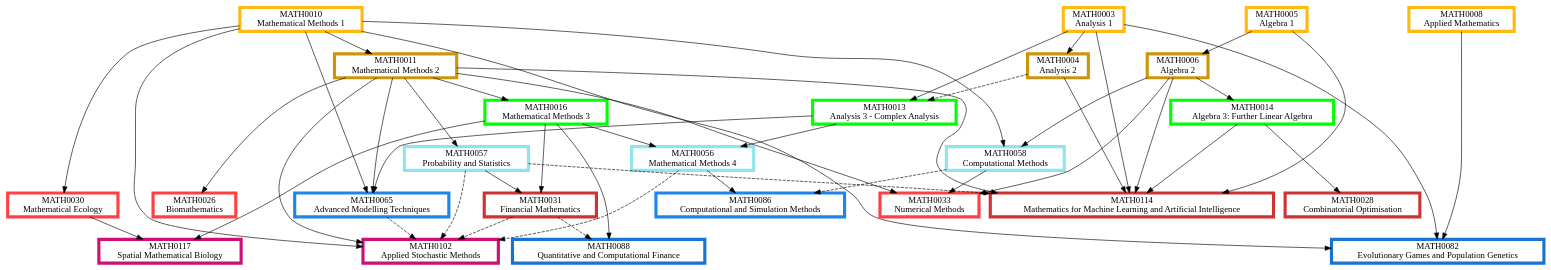
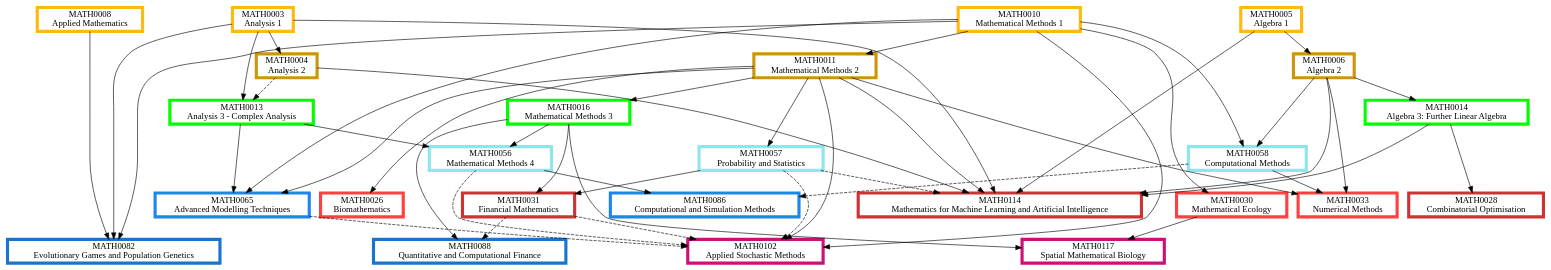
Before and after one commit to matthew-towers/pathways: the diagram in Modelling, Computation and Finance.dot, drawn with Graphviz. The commit also changed 11 other files, not shown here.

```diff
--- a/Modelling, Computation and Finance.dot
+++ b/Modelling, Computation and Finance.dot
@@ -1,125 +1,125 @@
 digraph {
 	node [fillcolor=white penwidth=5 shape=box style="filled,bold"]
 	subgraph "1.0 1" {
 		rank=same
+		MATH0003 [label="MATH0003
+Analysis 1" color=darkgoldenrod1 href="https://www.ucl.ac.uk/mathematical-physical-sciences/sites/mathematical_physical_sciences/files/math0003.pdf" tooltip="Year 1, term 1"]
 		MATH0010 [label="MATH0010
 Mathematical Methods 1" color=darkgoldenrod1 href="https://www.ucl.ac.uk/mathematical-physical-sciences/sites/mathematical_physical_sciences/files/math0010.pdf" tooltip="Year 1, term 1"]
+		MATH0005 [label="MATH0005
+Algebra 1" color=darkgoldenrod1 href="https://www.ucl.ac.uk/mathematical-physical-sciences/sites/mathematical_physical_sciences/files/math0005.pdf" tooltip="Year 1, term 1"]
 		MATH0008 [label="MATH0008
 Applied Mathematics" color=darkgoldenrod1 href="https://www.ucl.ac.uk/mathematical-physical-sciences/sites/mathematical_physical_sciences/files/math0008.pdf" tooltip="Year 1, term 1"]
-		MATH0003 [label="MATH0003
-Analysis 1" color=darkgoldenrod1 href="https://www.ucl.ac.uk/mathematical-physical-sciences/sites/mathematical_physical_sciences/files/math0003.pdf" tooltip="Year 1, term 1"]
-		MATH0005 [label="MATH0005
-Algebra 1" color=darkgoldenrod1 href="https://www.ucl.ac.uk/mathematical-physical-sciences/sites/mathematical_physical_sciences/files/math0005.pdf" tooltip="Year 1, term 1"]
 	}
 	MATH0010 -> MATH0011 [tooltip="required prerequisite"]
+	MATH0005 -> MATH0006 [tooltip="required prerequisite"]
 	MATH0003 -> MATH0004 [tooltip="required prerequisite"]
-	MATH0005 -> MATH0006 [tooltip="required prerequisite"]
 	subgraph "1.0 2" {
 		rank=same
 		MATH0011 [label="MATH0011
 Mathematical Methods 2" color=darkgoldenrod3 href="https://www.ucl.ac.uk/mathematical-physical-sciences/sites/mathematical_physical_sciences/files/math0011_2.pdf" tooltip="Year 1, term 2"]
+		MATH0006 [label="MATH0006
+Algebra 2" color=darkgoldenrod3 href="https://www.ucl.ac.uk/mathematical-physical-sciences/sites/mathematical_physical_sciences/files/math0006.pdf" tooltip="Year 1, term 2"]
 		MATH0004 [label="MATH0004
 Analysis 2" color=darkgoldenrod3 href="https://www.ucl.ac.uk/mathematical-physical-sciences/sites/mathematical_physical_sciences/files/math0004.pdf" tooltip="Year 1, term 2"]
-		MATH0006 [label="MATH0006
-Algebra 2" color=darkgoldenrod3 href="https://www.ucl.ac.uk/mathematical-physical-sciences/sites/mathematical_physical_sciences/files/math0006.pdf" tooltip="Year 1, term 2"]
 	}
 	MATH0003 -> MATH0013 [tooltip="required prerequisite"]
 	MATH0004 -> MATH0013 [style=dashed tooltip="recommended prerequisite"]
+	MATH0006 -> MATH0014 [tooltip="required prerequisite"]
 	MATH0011 -> MATH0016 [tooltip="required prerequisite"]
-	MATH0006 -> MATH0014 [tooltip="required prerequisite"]
 	subgraph "2.0 1" {
 		rank=same
 		MATH0013 [label="MATH0013
 Analysis 3 - Complex Analysis" color=green1 href="https://www.ucl.ac.uk/mathematical-physical-sciences/sites/mathematical_physical_sciences/files/math0013.pdf" tooltip="Year 2, term 1"]
+		MATH0014 [label="MATH0014
+Algebra 3: Further Linear Algebra" color=green1 href="https://www.ucl.ac.uk/mathematical-physical-sciences/sites/mathematical_physical_sciences/files/math0014.pdf" tooltip="Year 2, term 1"]
 		MATH0016 [label="MATH0016
 Mathematical Methods 3" color=green1 href="https://www.ucl.ac.uk/mathematical-physical-sciences/sites/mathematical_physical_sciences/files/math0016.pdf" tooltip="Year 2, term 1"]
-		MATH0014 [label="MATH0014
-Algebra 3: Further Linear Algebra" color=green1 href="https://www.ucl.ac.uk/mathematical-physical-sciences/sites/mathematical_physical_sciences/files/math0014.pdf" tooltip="Year 2, term 1"]
 	}
 	MATH0013 -> MATH0056 [tooltip="required prerequisite"]
 	MATH0016 -> MATH0056 [tooltip="required prerequisite"]
-	MATH0011 -> MATH0057 [tooltip="required prerequisite"]
 	MATH0010 -> MATH0058 [tooltip="required prerequisite"]
 	MATH0006 -> MATH0058 [tooltip="required prerequisite"]
+	MATH0011 -> MATH0057 [tooltip="required prerequisite"]
 	subgraph "2.5 2" {
 		rank=same
 		MATH0056 [label="MATH0056
 Mathematical Methods 4" color=cadetblue2 href="https://www.ucl.ac.uk/mathematical-physical-sciences/sites/mathematical_physical_sciences/files/math0056.pdf" tooltip="Year 2 or 3, term 2"]
+		MATH0058 [label="MATH0058
+Computational Methods" color=cadetblue2 href="https://www.ucl.ac.uk/mathematical-physical-sciences/sites/mathematical_physical_sciences/files/math0058.pdf" tooltip="Year 2 or 3, term 2"]
 		MATH0057 [label="MATH0057
 Probability and Statistics" color=cadetblue2 href="https://www.ucl.ac.uk/mathematical-physical-sciences/sites/mathematical_physical_sciences/files/math0057.pdf" tooltip="Year 2 or 3, term 2"]
-		MATH0058 [label="MATH0058
-Computational Methods" color=cadetblue2 href="https://www.ucl.ac.uk/mathematical-physical-sciences/sites/mathematical_physical_sciences/files/math0058.pdf" tooltip="Year 2 or 3, term 2"]
 	}
 	MATH0006 -> MATH0033 [tooltip="required prerequisite"]
 	MATH0011 -> MATH0033 [tooltip="required prerequisite"]
 	MATH0058 -> MATH0033 [tooltip="required prerequisite"]
+	MATH0011 -> MATH0026 [tooltip="required prerequisite"]
 	MATH0010 -> MATH0030 [tooltip="required prerequisite"]
-	MATH0011 -> MATH0026 [tooltip="required prerequisite"]
 	subgraph "3.0 1" {
 		rank=same
 		MATH0033 [label="MATH0033
 Numerical Methods" color=brown1 href="https://www.ucl.ac.uk/mathematical-physical-sciences/sites/mathematical_physical_sciences/files/math0033.pdf" tooltip="Year 3, term 1"]
+		MATH0026 [label="MATH0026
+Biomathematics" color=brown1 href="https://www.ucl.ac.uk/mathematical-physical-sciences/sites/mathematical_physical_sciences/files/math0026.pdf" tooltip="Year 3, term 1"]
 		MATH0030 [label="MATH0030
 Mathematical Ecology" color=brown1 href="https://www.ucl.ac.uk/mathematical-physical-sciences/sites/mathematical_physical_sciences/files/math0030.pdf" tooltip="Year 3, term 1"]
-		MATH0026 [label="MATH0026
-Biomathematics" color=brown1 href="https://www.ucl.ac.uk/mathematical-physical-sciences/sites/mathematical_physical_sciences/files/math0026.pdf" tooltip="Year 3, term 1"]
 	}
+	MATH0014 -> MATH0028 [tooltip="required prerequisite"]
+	MATH0016 -> MATH0031 [tooltip="required prerequisite"]
+	MATH0057 -> MATH0031 [tooltip="required prerequisite"]
 	MATH0003 -> MATH0114 [tooltip="required prerequisite"]
 	MATH0004 -> MATH0114 [tooltip="required prerequisite"]
 	MATH0005 -> MATH0114 [tooltip="required prerequisite"]
 	MATH0006 -> MATH0114 [tooltip="required prerequisite"]
 	MATH0011 -> MATH0114 [tooltip="required prerequisite"]
 	MATH0014 -> MATH0114 [tooltip="required prerequisite"]
 	MATH0057 -> MATH0114 [style=dashed tooltip="recommended prerequisite"]
-	MATH0014 -> MATH0028 [tooltip="required prerequisite"]
-	MATH0016 -> MATH0031 [tooltip="required prerequisite"]
-	MATH0057 -> MATH0031 [tooltip="required prerequisite"]
-	subgraph "3 2" {
+	subgraph "3.0 2" {
 		rank=same
-		MATH0114 [label="MATH0114
-Mathematics for Machine Learning and Artificial Intelligence" color=brown3 href="https://www.ucl.ac.uk/mathematical-physical-sciences/sites/mathematical_physical_sciences/files/math0114_0.pdf" tooltip="Year 3, term 2"]
 		MATH0028 [label="MATH0028
 Combinatorial Optimisation" color=brown3 href="https://www.ucl.ac.uk/mathematical-physical-sciences/sites/mathematical_physical_sciences/files/math0028.pdf" tooltip="Year 3, term 2"]
 		MATH0031 [label="MATH0031
 Financial Mathematics" color=brown3 href="https://www.ucl.ac.uk/mathematical-physical-sciences/sites/mathematical_physical_sciences/files/math0031.pdf" tooltip="Year 3, term 2"]
+		MATH0114 [label="MATH0114
+Mathematics for Machine Learning and Artificial Intelligence" color=brown3 href="https://www.ucl.ac.uk/mathematical-physical-sciences/sites/mathematical_physical_sciences/files/math0114_0.pdf" tooltip="Year 3, term 2"]
 	}
-	MATH0030 -> MATH0117 [tooltip="required prerequisite"]
-	MATH0016 -> MATH0117 [tooltip="required prerequisite"]
 	MATH0010 -> MATH0102 [tooltip="required prerequisite"]
 	MATH0011 -> MATH0102 [tooltip="required prerequisite"]
 	MATH0056 -> MATH0102 [style=dashed tooltip="recommended prerequisite"]
 	MATH0031 -> MATH0102 [style=dashed tooltip="recommended prerequisite"]
 	MATH0065 -> MATH0102 [style=dashed tooltip="recommended prerequisite"]
 	MATH0057 -> MATH0102 [style=dashed tooltip="recommended prerequisite"]
+	MATH0030 -> MATH0117 [tooltip="required prerequisite"]
+	MATH0016 -> MATH0117 [tooltip="required prerequisite"]
 	subgraph "3.5 2" {
 		rank=same
+		MATH0102 [label="MATH0102
+Applied Stochastic Methods" color=deeppink3 href="https://www.ucl.ac.uk/mathematical-physical-sciences/sites/mathematical_physical_sciences/files/math0102.pdf" tooltip="Year 3 or 4, term 2"]
 		MATH0117 [label="MATH0117
 Spatial Mathematical Biology" color=deeppink3 href="https://www.ucl.ac.uk/mathematical-physical-sciences/sites/mathematical_physical_sciences/files/math0117.pdf" tooltip="Year 3 or 4, term 2"]
-		MATH0102 [label="MATH0102
-Applied Stochastic Methods" color=deeppink3 href="https://www.ucl.ac.uk/mathematical-physical-sciences/sites/mathematical_physical_sciences/files/math0102.pdf" tooltip="Year 3 or 4, term 2"]
 	}
 	MATH0056 -> MATH0086 [tooltip="required prerequisite"]
 	MATH0058 -> MATH0086 [style=dashed tooltip="recommended prerequisite"]
 	MATH0010 -> MATH0065 [tooltip="required prerequisite"]
 	MATH0011 -> MATH0065 [tooltip="required prerequisite"]
 	MATH0013 -> MATH0065 [tooltip="required prerequisite"]
 	subgraph "4.0 1" {
 		rank=same
 		MATH0086 [label="MATH0086
 Computational and Simulation Methods" color=dodgerblue2 href="https://www.ucl.ac.uk/mathematical-physical-sciences/sites/mathematical_physical_sciences/files/math0086.pdf" tooltip="Year 4, term 1"]
 		MATH0065 [label="MATH0065
 Advanced Modelling Techniques" color=dodgerblue2 href="https://www.ucl.ac.uk/mathematical-physical-sciences/sites/mathematical_physical_sciences/files/math0065.pdf" tooltip="Year 4, term 1"]
 	}
 	MATH0016 -> MATH0088 [tooltip="required prerequisite"]
 	MATH0031 -> MATH0088 [style=dashed tooltip="recommended prerequisite"]
 	MATH0008 -> MATH0082 [tooltip="required prerequisite"]
 	MATH0010 -> MATH0082 [tooltip="required prerequisite"]
 	MATH0003 -> MATH0082 [tooltip="required prerequisite"]
 	subgraph "4.0 2" {
 		rank=same
 		MATH0088 [label="MATH0088
 Quantitative and Computational Finance" color=dodgerblue3 href="https://www.ucl.ac.uk/mathematical-physical-sciences/sites/mathematical_physical_sciences/files/math0088.pdf" tooltip="Year 4, term 2"]
 		MATH0082 [label="MATH0082
 Evolutionary Games and Population Genetics" color=dodgerblue3 href="https://www.ucl.ac.uk/mathematical-physical-sciences/sites/mathematical_physical_sciences/files/math0082.pdf" tooltip="Year 4, term 2"]
 	}
 }
```
